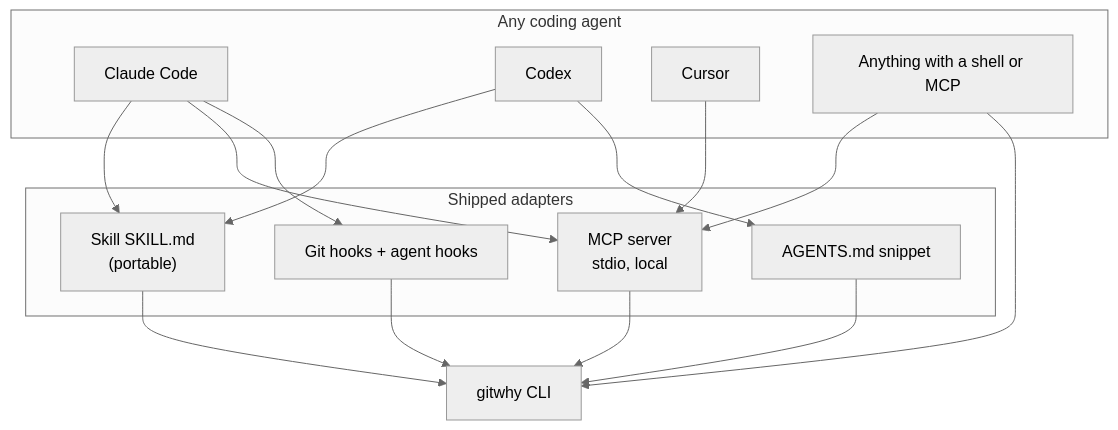
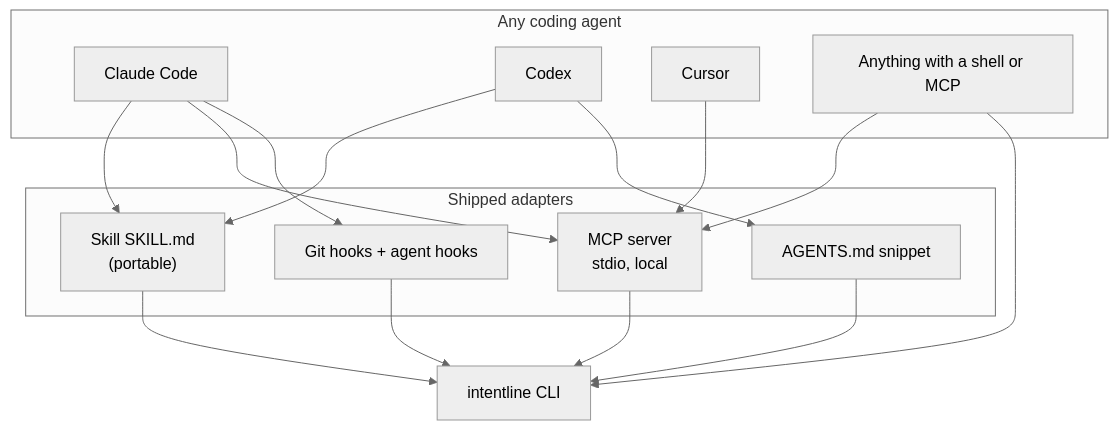
One commit to sabadia/gitwhy changed the diagram in docs/07-agent-integrations.md. Above: the diagram before and after it, drawn with Mermaid (neutral theme). The commit also changed other lines of this file and 170 other files, not shown here.

````diff
--- a/docs/07-agent-integrations.md
+++ b/docs/07-agent-integrations.md
@@ -22,31 +22,31 @@
 ```mermaid
 flowchart TB
   subgraph agents [Any coding agent]
     CC[Claude Code]
     Codex[Codex]
     Cursor[Cursor]
     Other[Anything with a shell or MCP]
   end
 
   subgraph surfaces [Shipped adapters]
     Skill["Skill SKILL.md\n(portable)"]
     MCP["MCP server\nstdio, local"]
     Hooks[Git hooks + agent hooks]
     Snippet["AGENTS.md snippet"]
   end
 
-  CLI[gitwhy CLI]
+  CLI[intentline CLI]
 
   CC --> Skill
   CC --> MCP
   CC --> Hooks
   Codex --> Skill
   Codex --> Snippet
   Cursor --> MCP
   Other --> MCP
   Other --> CLI
   Skill --> CLI
   MCP --> CLI
   Hooks --> CLI
   Snippet --> CLI
 ```
````
